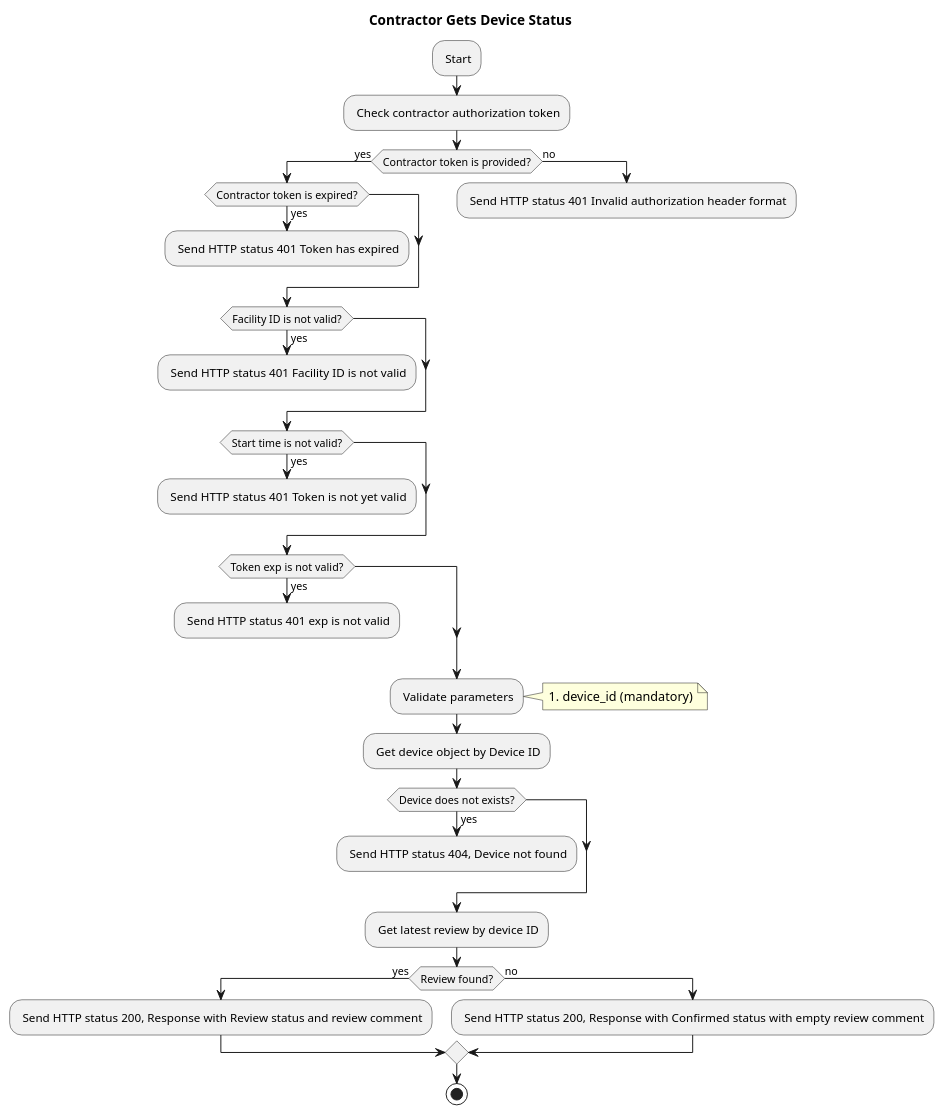
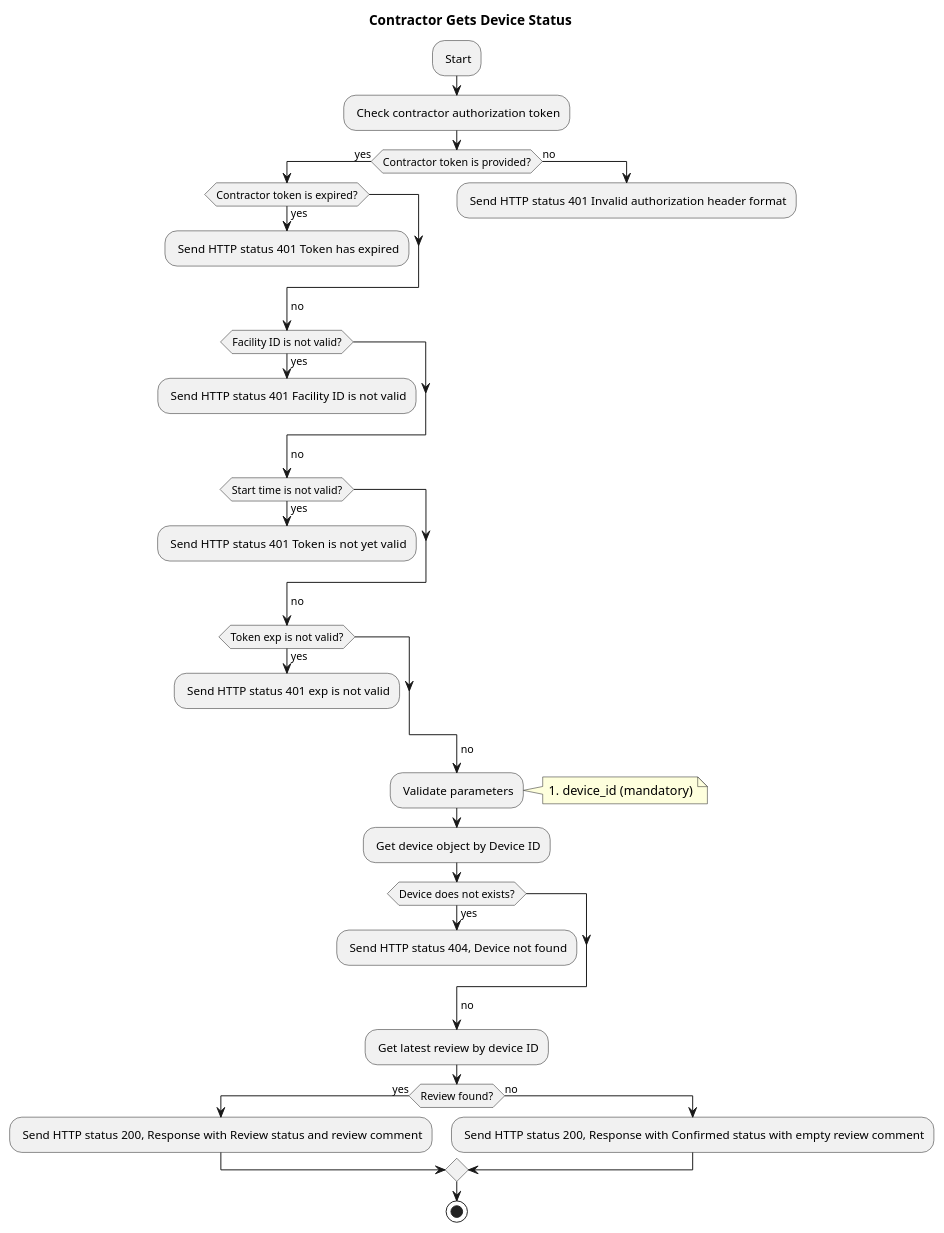
The diagram in docsrc/apidocs/api-workflow/api-contractor/contractor-gets-device-status.puml (SonySemiconductorSolutions/aitrios-sample-tool-angle-adjustment), drawn with PlantUML before and after one commit. The commit also changed 264 other files, not shown here.

```diff
--- a/docsrc/apidocs/api-workflow/api-contractor/contractor-gets-device-status.puml
+++ b/docsrc/apidocs/api-workflow/api-contractor/contractor-gets-device-status.puml
@@ -1,46 +1,51 @@
 @startuml Contractor gets device status
 title Contractor Gets Device Status
 
 : Start;
 : Check contractor authorization token;
 if (Contractor token is provided?) then (yes)
     if (Contractor token is expired?) then (yes)
         : Send HTTP status 401 Token has expired;
         kill
     endif
+    ->no;
     if (Facility ID is not valid?) then (yes)
         : Send HTTP status 401 Facility ID is not valid;
         kill
     endif
+    ->no;
     if (Start time is not valid?) then (yes)
         : Send HTTP status 401 Token is not yet valid;
         kill
     endif
+    ->no;
     if (Token exp is not valid?) then (yes)
         : Send HTTP status 401 exp is not valid;
         kill
     endif
+    ->no;
 else (no)
     : Send HTTP status 401 Invalid authorization header format;
     kill
 endif
+->no;
 : Validate parameters;
 note right
 1. device_id (mandatory)
 end note
 
 : Get device object by Device ID;
 if (Device does not exists?) then (yes)
     : Send HTTP status 404, Device not found;
     kill
 endif
-
+->no;
 : Get latest review by device ID;
 
 if (Review found?) then (yes)
     : Send HTTP status 200, Response with Review status and review comment;
 else (no)
     : Send HTTP status 200, Response with Confirmed status with empty review comment;
 endif
 stop
 @enduml
```
